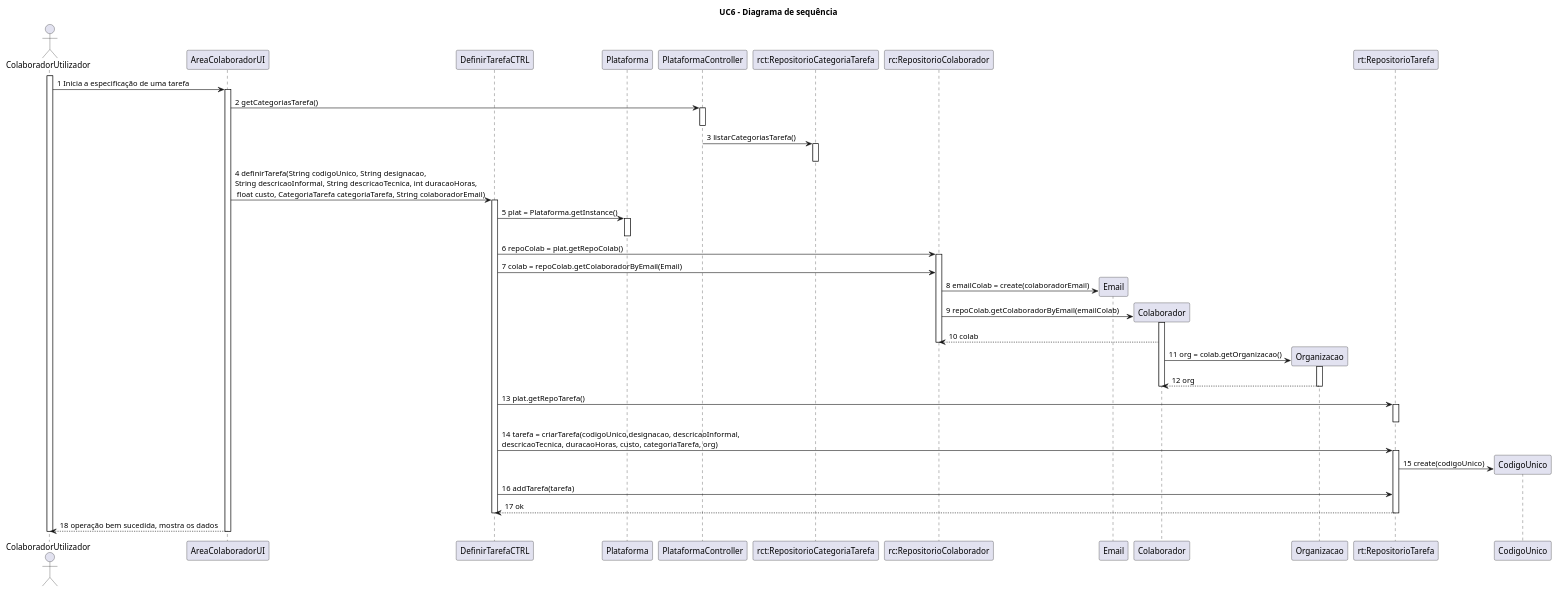
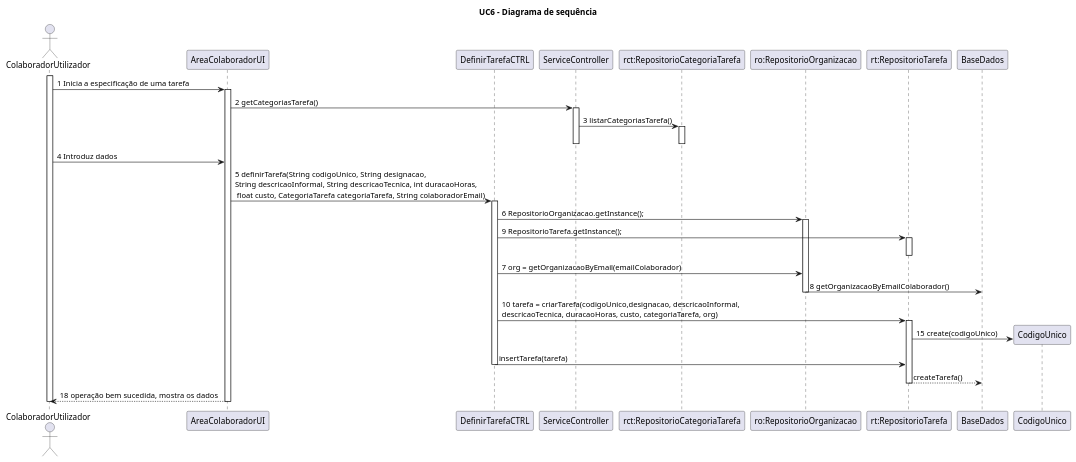
One commit to pedro-miguez/upskill_java1_labprg_grupo3 changed the diagram in Análise/UC6_Definir_Tarefa/UC6_DS.plantuml. Above: the diagram before and after it, drawn with PlantUML. The commit also changed 3 other files, not shown here.

```diff
--- a/Análise/UC6_Definir_Tarefa/UC6_DS.plantuml
+++ b/Análise/UC6_Definir_Tarefa/UC6_DS.plantuml
@@ -1,51 +1,40 @@
 @startuml_sd_uc6
 
 title UC6 - Diagrama de sequência
 
 actor ColaboradorUtilizador
 participant AreaColaboradorUI
 participant DefinirTarefaCTRL
-participant Plataforma
 
 activate ColaboradorUtilizador
 
 ColaboradorUtilizador -> AreaColaboradorUI: 1 Inicia a especificação de uma tarefa
 activate AreaColaboradorUI
-AreaColaboradorUI -> PlataformaController: 2 getCategoriasTarefa()
-activate PlataformaController
-deactivate PlataformaController
-PlataformaController -> "rct:RepositorioCategoriaTarefa" : 3 listarCategoriasTarefa()
+AreaColaboradorUI -> ServiceController: 2 getCategoriasTarefa()
+activate ServiceController
+ServiceController -> "rct:RepositorioCategoriaTarefa" : 3 listarCategoriasTarefa()
 activate "rct:RepositorioCategoriaTarefa"
 deactivate "rct:RepositorioCategoriaTarefa"
-AreaColaboradorUI -> DefinirTarefaCTRL: 4 definirTarefa(String codigoUnico, String designacao, \nString descricaoInformal, String descricaoTecnica, int duracaoHoras,\n float custo, CategoriaTarefa categoriaTarefa, String colaboradorEmail)
+deactivate ServiceController
+ColaboradorUtilizador -> AreaColaboradorUI: 4 Introduz dados
+AreaColaboradorUI -> DefinirTarefaCTRL: 5 definirTarefa(String codigoUnico, String designacao, \nString descricaoInformal, String descricaoTecnica, int duracaoHoras,\n float custo, CategoriaTarefa categoriaTarefa, String colaboradorEmail)
 activate DefinirTarefaCTRL
-DefinirTarefaCTRL -> Plataforma: 5 plat = Plataforma.getInstance()
-activate Plataforma
-deactivate Plataforma
-DefinirTarefaCTRL -> "rc:RepositorioColaborador" : 6 repoColab = plat.getRepoColab()
-activate "rc:RepositorioColaborador"
-DefinirTarefaCTRL -> "rc:RepositorioColaborador" : 7 colab = repoColab.getColaboradorByEmail(Email)
-"rc:RepositorioColaborador" -> Email ** :  8 emailColab = create(colaboradorEmail)
-"rc:RepositorioColaborador" -> Colaborador ** : 9 repoColab.getColaboradorByEmail(emailColab)
-activate Colaborador
-Colaborador --> "rc:RepositorioColaborador" : 10 colab
-deactivate "rc:RepositorioColaborador"
-Colaborador -> Organizacao ** : 11 org = colab.getOrganizacao()
-activate Organizacao
-Organizacao --> Colaborador : 12 org
-deactivate Organizacao
-deactivate Colaborador
-DefinirTarefaCTRL -> "rt:RepositorioTarefa" : 13 plat.getRepoTarefa()
+DefinirTarefaCTRL -> "ro:RepositorioOrganizacao" : 6 RepositorioOrganizacao.getInstance();
+activate "ro:RepositorioOrganizacao"
+DefinirTarefaCTRL -> "rt:RepositorioTarefa" :9 RepositorioTarefa.getInstance();
 activate "rt:RepositorioTarefa"
 deactivate "rt:RepositorioTarefa"
-DefinirTarefaCTRL -> "rt:RepositorioTarefa" : 14 tarefa = criarTarefa(codigoUnico,designacao, descricaoInformal, \ndescricaoTecnica, duracaoHoras, custo, categoriaTarefa, org)
+DefinirTarefaCTRL -> "ro:RepositorioOrganizacao" : 7 org = getOrganizacaoByEmail(emailColaborador)
+"ro:RepositorioOrganizacao" -> "BaseDados" : 8 getOrganizacaoByEmailColaborador()
+deactivate "ro:RepositorioOrganizacao"
+DefinirTarefaCTRL -> "rt:RepositorioTarefa" : 10 tarefa = criarTarefa(codigoUnico,designacao, descricaoInformal, \ndescricaoTecnica, duracaoHoras, custo, categoriaTarefa, org)
 activate "rt:RepositorioTarefa"
 "rt:RepositorioTarefa" -> CodigoUnico** : 15 create(codigoUnico)
-DefinirTarefaCTRL -> "rt:RepositorioTarefa" : 16 addTarefa(tarefa)
-"rt:RepositorioTarefa" --> DefinirTarefaCTRL : 17 ok
+DefinirTarefaCTRL -> "rt:RepositorioTarefa" : insertTarefa(tarefa)
+deactivate DefinirTarefaCTRL
+"rt:RepositorioTarefa" --> "BaseDados" : createTarefa()
 deactivate "rt:RepositorioTarefa"
-deactivate DefinirTarefaCTRL
 AreaColaboradorUI --> ColaboradorUtilizador : 18 operação bem sucedida, mostra os dados
 deactivate AreaColaboradorUI
 deactivate ColaboradorUtilizador
 @enduml_sd_uc6
```
